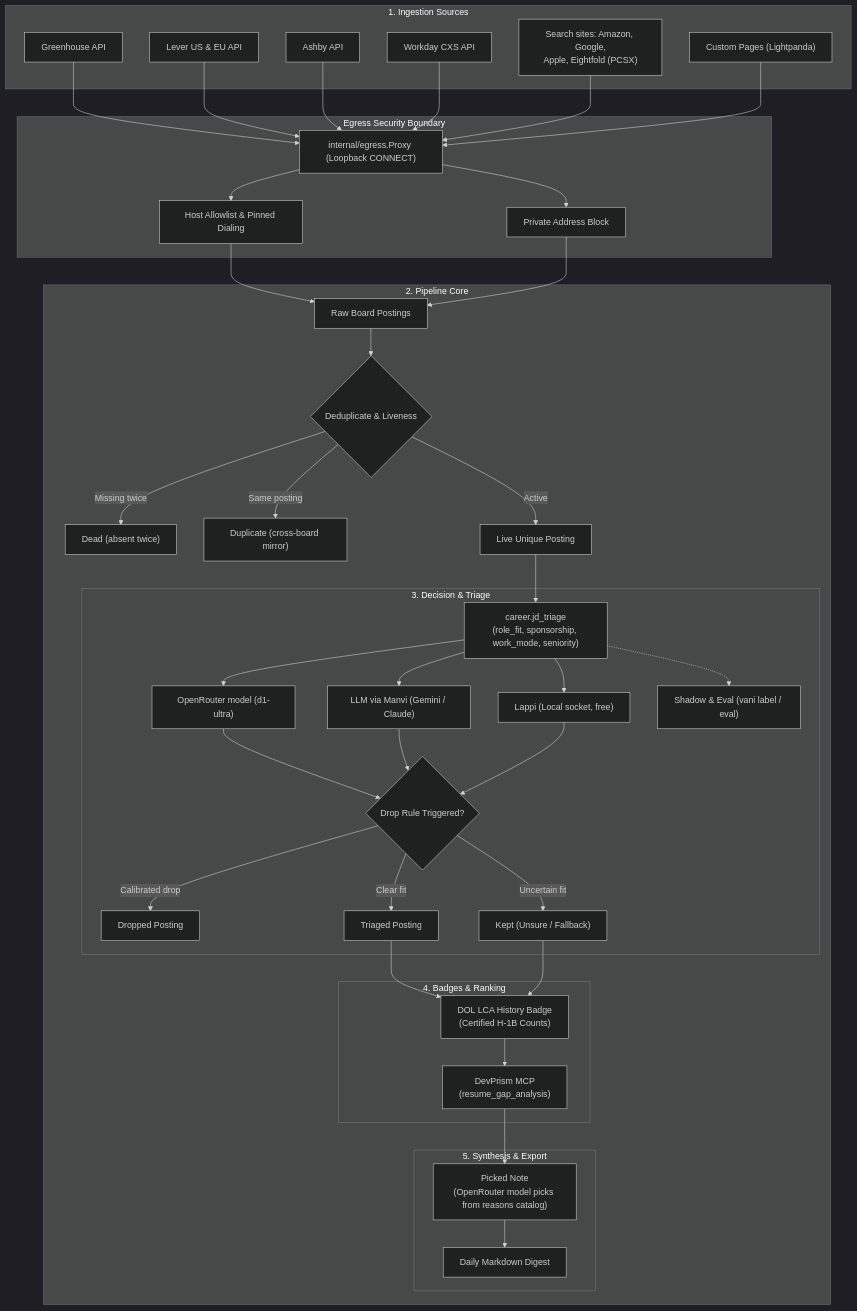
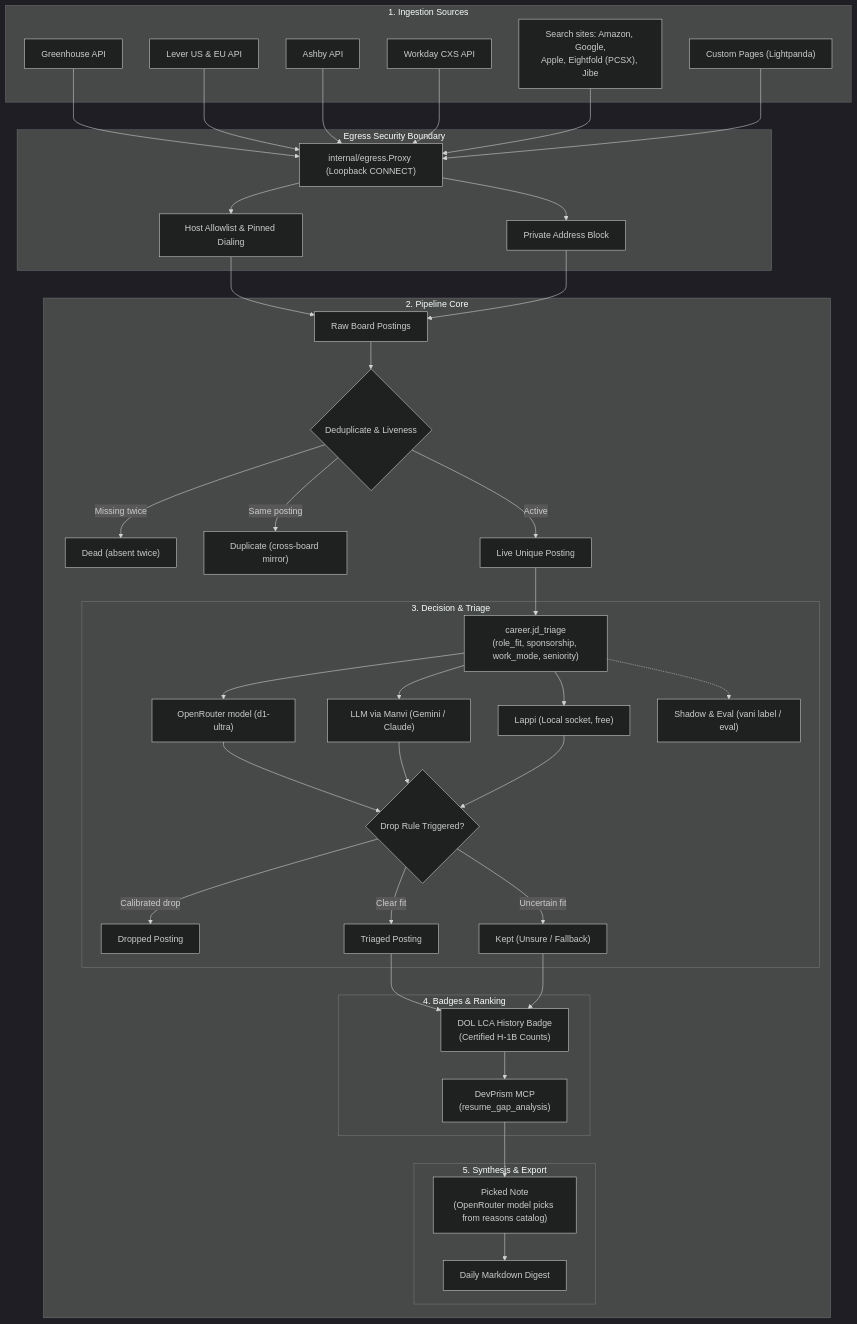
One commit to bharathvbcr/vani changed the first of 4 diagrams in README.md. Above: the diagram before and after it, drawn with Mermaid (dark theme). The commit also changed other lines of this file and 4 other files, not shown here.

````diff
--- a/README.md
+++ b/README.md
@@ -16,68 +16,68 @@
 ```mermaid
 flowchart TD
     subgraph Sources["1. Ingestion Sources"]
         GH["Greenhouse API"]
         LV["Lever US & EU API"]
         AB["Ashby API"]
         WD["Workday CXS API"]
-        SS["Search sites: Amazon, Google,\nApple, Eightfold (PCSX)"]
+        SS["Search sites: Amazon, Google,\nApple, Eightfold (PCSX), Jibe"]
         PG["Custom Pages (Lightpanda)"]
     end
 
     subgraph Egress["Egress Security Boundary"]
         EP["internal/egress.Proxy (Loopback CONNECT)"]
         AL["Host Allowlist & Pinned Dialing"]
         PB["Private Address Block"]
     end
 
     subgraph Pipeline["2. Pipeline Core"]
         RAW["Raw Board Postings"]
         DEDUP{"Deduplicate & Liveness"}
         DEAD["Dead (absent twice)"]
         DUP["Duplicate (cross-board mirror)"]
         LIVE["Live Unique Posting"]
 
         subgraph Triage["3. Decision & Triage"]
             TR["career.jd_triage\n(role_fit, sponsorship, work_mode, seniority)"]
             JEV["OpenRouter model (d1-ultra)"]
             LLM["LLM via Manvi (Gemini / Claude)"]
             LAP["Lappi (Local socket, free)"]
             SHADOW["Shadow & Eval (vani label / eval)"]
             DROP_RULE{"Drop Rule Triggered?"}
             DROP["Dropped Posting"]
             UNSURE["Kept (Unsure / Fallback)"]
             TRIAGED["Triaged Posting"]
         end
 
         subgraph Enrich["4. Badges & Ranking"]
             LCA["DOL LCA History Badge\n(Certified H-1B Counts)"]
             DEVPRISM["DevPrism MCP\n(resume_gap_analysis)"]
         end
 
         subgraph Output["5. Synthesis & Export"]
             EXP["Picked Note\n(OpenRouter model picks from reasons catalog)"]
             DIGEST["Daily Markdown Digest"]
         end
     end
 
     GH & LV & AB & WD & SS --> EP
     PG --> EP
     EP --> AL & PB --> RAW
     RAW --> DEDUP
     DEDUP -->|Missing twice| DEAD
     DEDUP -->|Same posting| DUP
     DEDUP -->|Active| LIVE
 
     LIVE --> TR
     TR --> JEV & LLM & LAP
     TR -.-> SHADOW
     JEV & LLM & LAP --> DROP_RULE
     DROP_RULE -->|Calibrated drop| DROP
     DROP_RULE -->|Uncertain fit| UNSURE
     DROP_RULE -->|Clear fit| TRIAGED
 
     TRIAGED & UNSURE --> LCA
     LCA --> DEVPRISM
     DEVPRISM --> EXP
     EXP --> DIGEST
 ```
````
